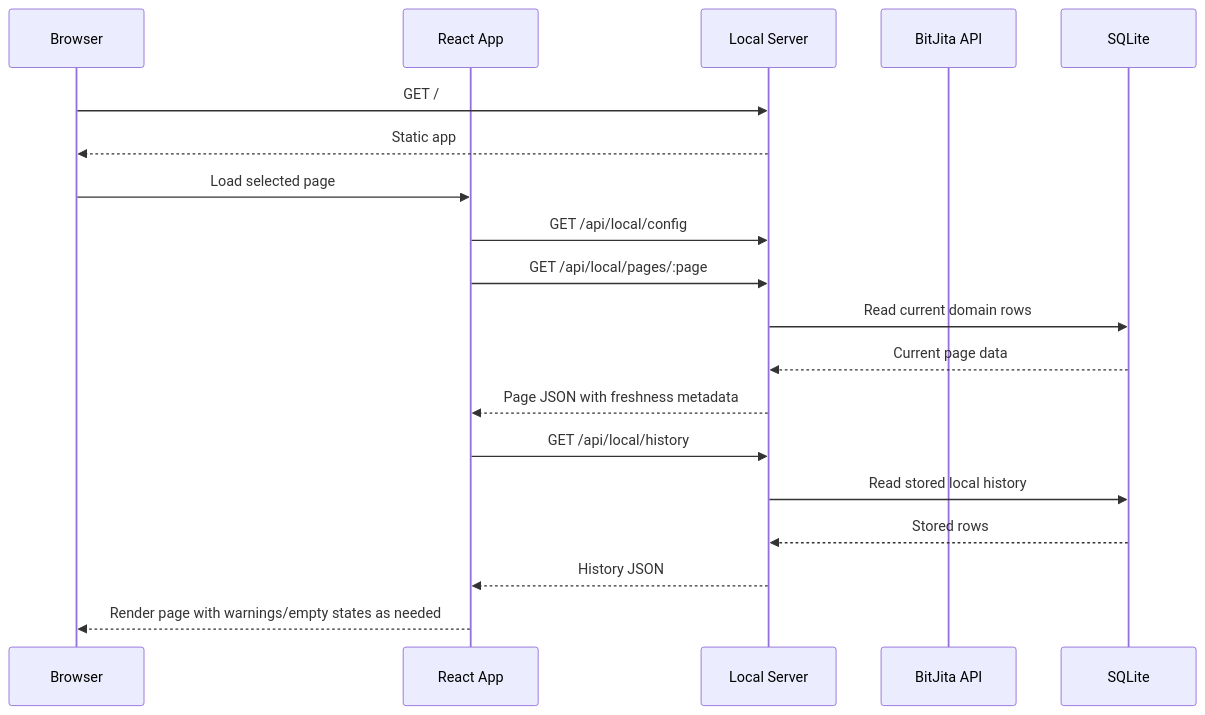
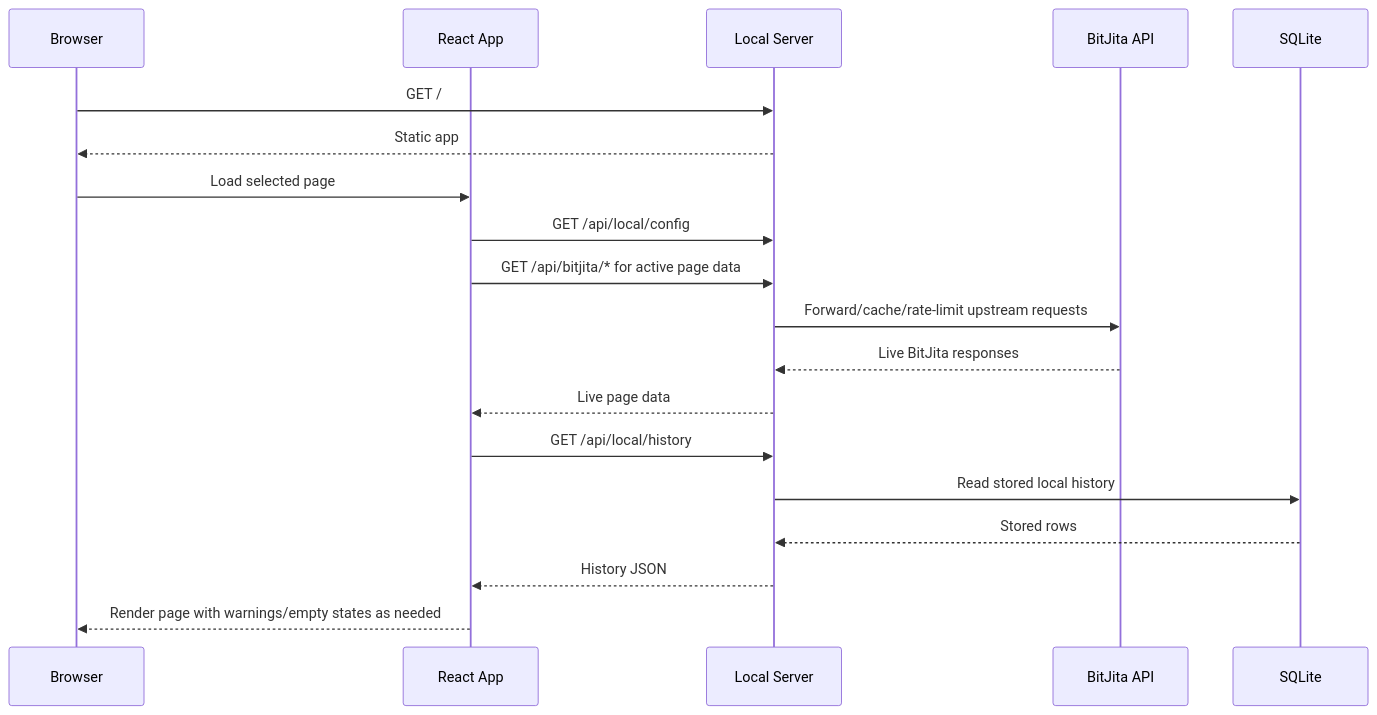
Before and after one commit to Red463/bitcraft-claim-monitor: the third of 6 diagrams in docs/application-overview.md, drawn with Mermaid. The commit also changed other lines of this file and 6 other files, not shown here.

````diff
--- a/docs/application-overview.md
+++ b/docs/application-overview.md
@@ -365,22 +362,22 @@
 ```mermaid
 sequenceDiagram
   participant B as Browser
   participant A as React App
   participant S as Local Server
   participant J as BitJita API
   participant D as SQLite
 
   B->>S: GET /
   S-->>B: Static app
   B->>A: Load selected page
   A->>S: GET /api/local/config
-  A->>S: GET /api/local/pages/:page
-  S->>D: Read current domain rows
-  D-->>S: Current page data
-  S-->>A: Page JSON with freshness metadata
+  A->>S: GET /api/bitjita/* for active page data
+  S->>J: Forward/cache/rate-limit upstream requests
+  J-->>S: Live BitJita responses
+  S-->>A: Live page data
   A->>S: GET /api/local/history
   S->>D: Read stored local history
   D-->>S: Stored rows
   S-->>A: History JSON
   A-->>B: Render page with warnings/empty states as needed
 ```
````
